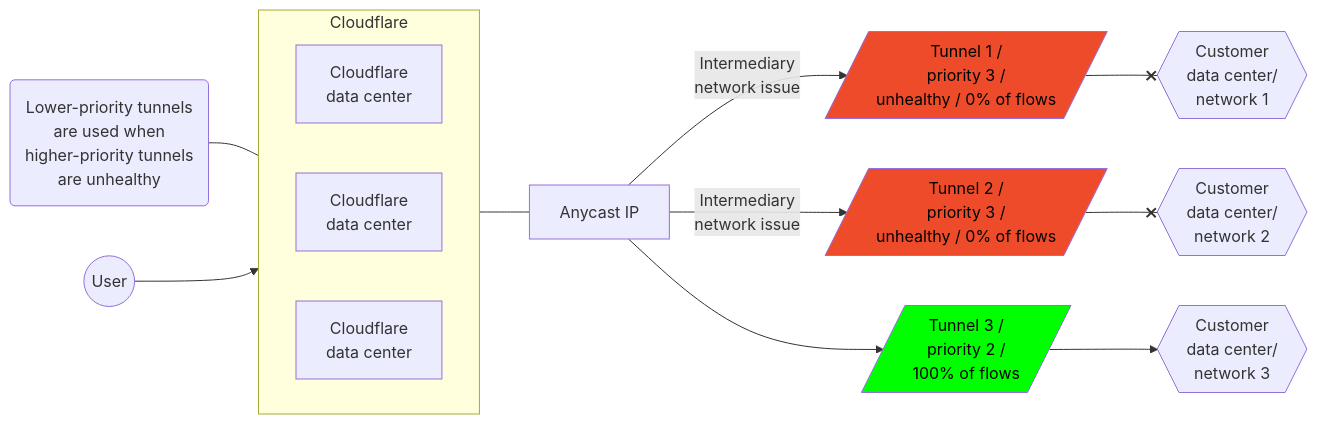
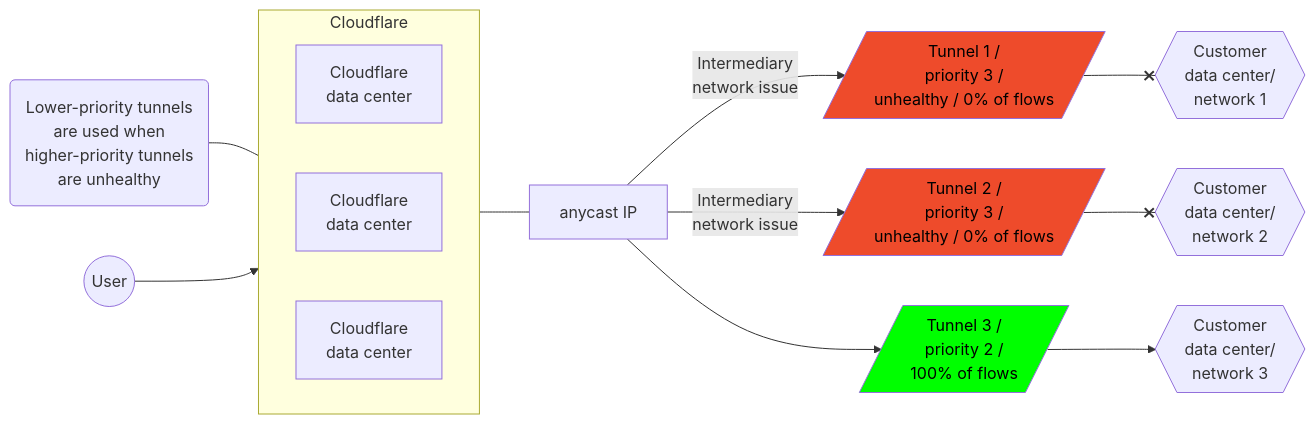
One commit to cloudflare/cloudflare-docs changed the fourth of 4 diagrams in content/magic-transit/_partials/_traffic-steering.md. Above: the diagram before and after it, drawn with Mermaid. The commit also changed other lines of this file and 13 other files, not shown here.

````diff
--- a/content/magic-transit/_partials/_traffic-steering.md
+++ b/content/magic-transit/_partials/_traffic-steering.md
@@ -115,20 +115,20 @@
 ```mermaid
 flowchart LR
 accTitle: Tunnels diagram
 accDescr: This example has Tunnel 1 and 2 unhealthy, and all traffic prioritized to Tunnel 3.
 
 subgraph Cloudflare
 direction LR
 B[Cloudflare <br> data center]
 C[Cloudflare <br> data center]
 D[Cloudflare <br> data center]
 end
 
 Z(Lower-priority tunnels <br> are used when <br> higher-priority tunnels <br> are unhealthy) --- Cloudflare
-A((User)) --> Cloudflare --- E[Anycast IP]
-E[Anycast IP]  -- Intermediary <br> network issue -->  F[/Tunnel 1 / <br> priority 3 / <br> unhealthy / 0% of flows/]:::red --x I{{Customer <br> data center/ <br> network 1}}
-E[Anycast IP]  -- Intermediary <br> network issue -->  G[/Tunnel 2 / <br> priority 3 / <br> unhealthy / 0% of flows/]:::red --x J{{Customer <br> data center/ <br> network 2}}
-E[Anycast IP] -->  H[/Tunnel 3 / <br> priority 2 / <br> 100% of flows/]:::green --> K{{Customer <br> data center/ <br> network 3}}
+A((User)) --> Cloudflare --- E[anycast IP]
+E[anycast IP]  -- Intermediary <br> network issue -->  F[/Tunnel 1 / <br> priority 3 / <br> unhealthy / 0% of flows/]:::red --x I{{Customer <br> data center/ <br> network 1}}
+E[anycast IP]  -- Intermediary <br> network issue -->  G[/Tunnel 2 / <br> priority 3 / <br> unhealthy / 0% of flows/]:::red --x J{{Customer <br> data center/ <br> network 2}}
+E[anycast IP] -->  H[/Tunnel 3 / <br> priority 2 / <br> 100% of flows/]:::green --> K{{Customer <br> data center/ <br> network 3}}
 classDef red fill:#EE4B2B,color: black
 classDef green fill:#00FF00,color: black
 ```
````
